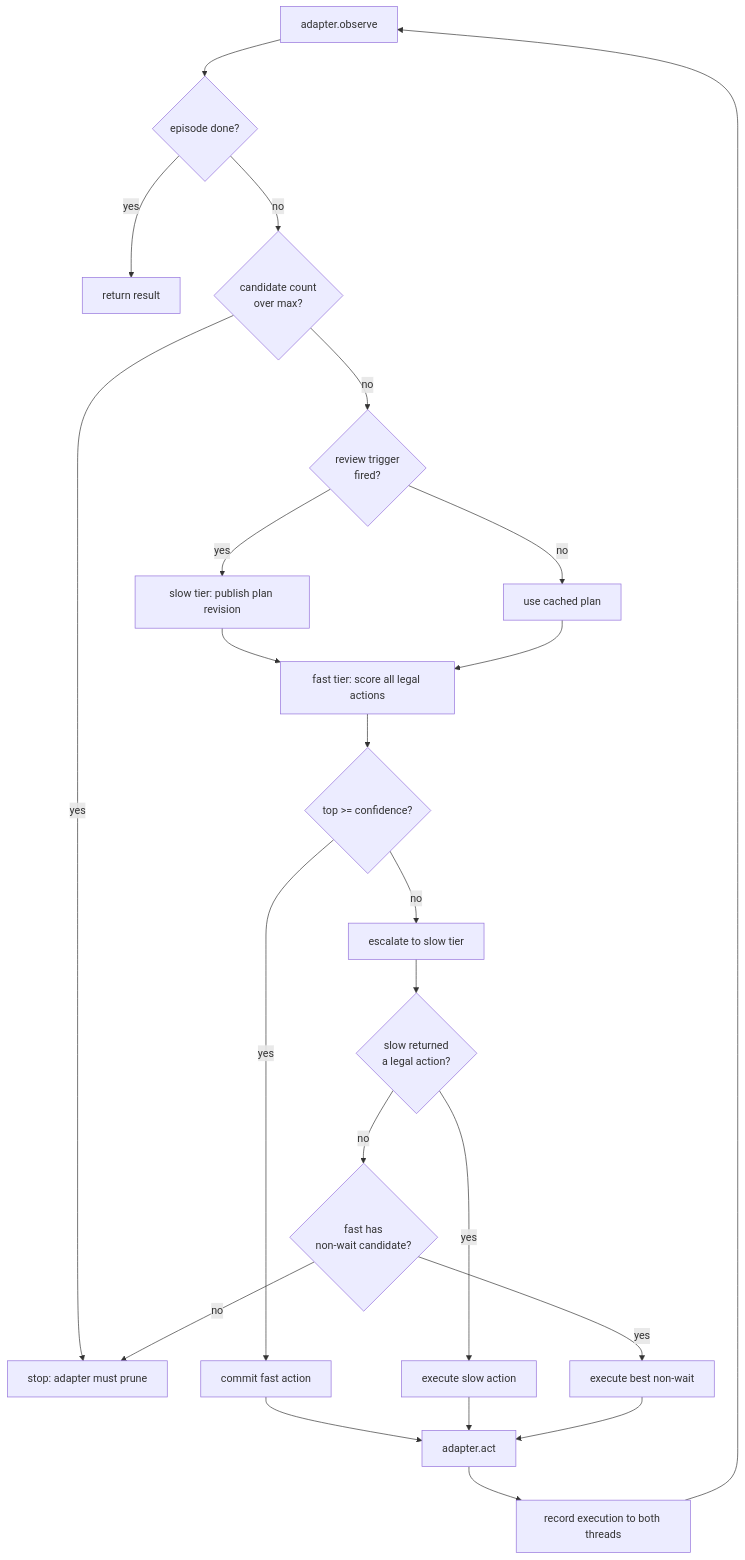
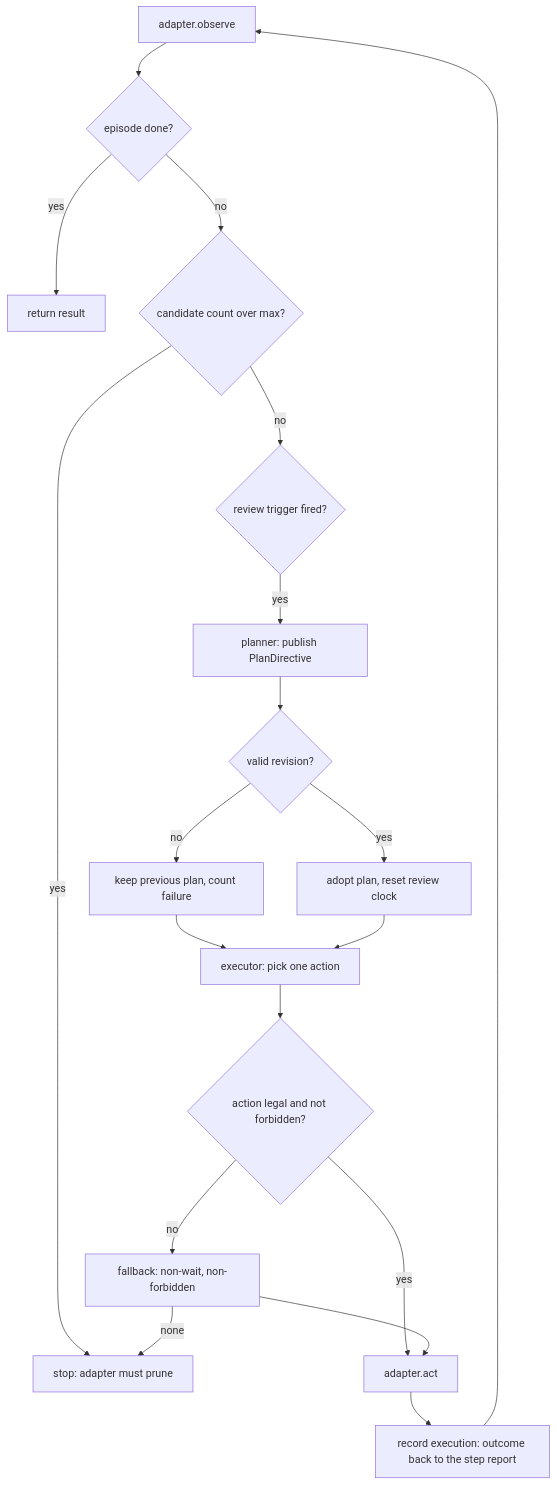
The diagram in docs/ARCHITECTURE.md (xuc865/jev-km), drawn with Mermaid before and after one commit. The commit also changed other lines of this file and 28 other files, not shown here.

````diff
--- a/docs/ARCHITECTURE.md
+++ b/docs/ARCHITECTURE.md
@@ -8,25 +30,21 @@
 ```mermaid
 flowchart TD
     A[adapter.observe] --> B{episode done?}
     B -->|yes| Z[return result]
-    B -->|no| C{candidate count<br/>over max?}
+    B -->|no| C{candidate count over max?}
     C -->|yes| Y[stop: adapter must prune]
-    C -->|no| D{review trigger<br/>fired?}
-    D -->|yes| E[slow tier: publish plan revision]
-    D -->|no| F[use cached plan]
-    E --> G[fast tier: score all legal actions]
-    F --> G
-    G --> H{top >= confidence?}
-    H -->|yes| I[commit fast action]
-    H -->|no| J[escalate to slow tier]
-    J --> K{slow returned<br/>a legal action?}
-    K -->|yes| L[execute slow action]
-    K -->|no| M{fast has<br/>non-wait candidate?}
-    M -->|yes| N[execute best non-wait]
-    M -->|no| Y
-    I --> O[adapter.act]
-    L --> O
-    N --> O
-    O --> P[record execution to both threads]
+    C -->|no| D{review trigger fired?}
+    D -->|yes| E[planner: publish PlanDirective]
+    E --> E2{valid revision?}
+    E2 -->|no| F[keep previous plan, count failure]
+    E2 -->|yes| E3[adopt plan, reset review clock]
+    F --> G[executor: pick one action]
+    E3 --> G
+    G --> H{action legal and not forbidden?}
+    H -->|yes| O[adapter.act]
+    H -->|no| I[fallback: non-wait, non-forbidden]
+    I -->|none| Y
+    I --> O
+    O --> P[record execution: outcome back to the step report]
     P --> A
 ```
````
